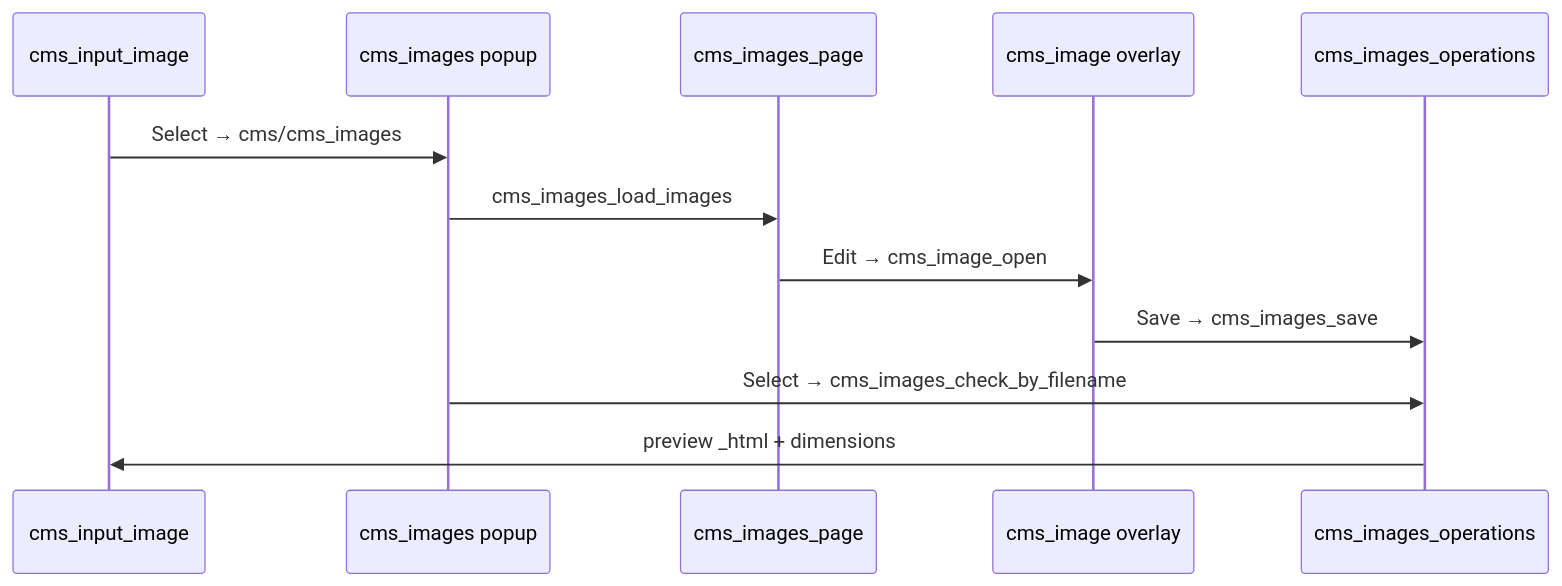
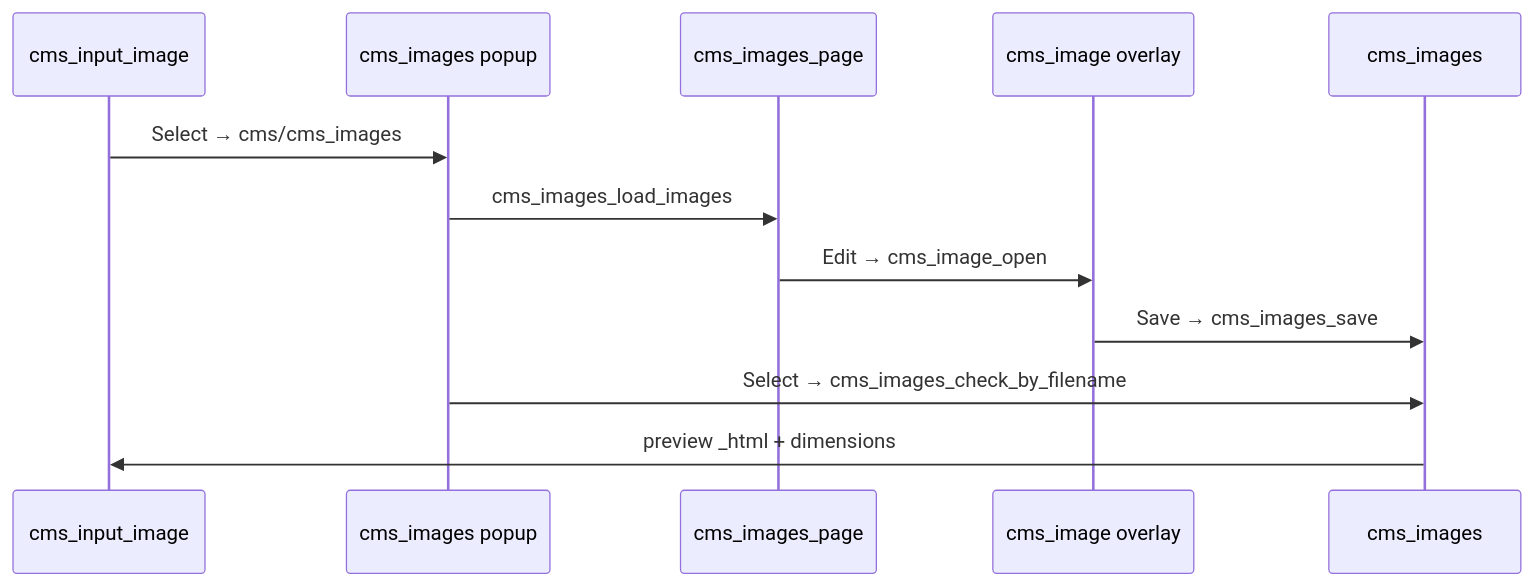
Before and after one commit to raulir/narrativecms: the diagram in modules/cms/docs/cms_input_image.md, drawn with Mermaid. The commit also changed other lines of this file and 169 other files, not shown here.

````diff
--- a/modules/cms/docs/cms_input_image.md
+++ b/modules/cms/docs/cms_input_image.md
@@ -24,15 +24,15 @@
 ```mermaid
 sequenceDiagram
     participant Field as cms_input_image
     participant Popup as cms_images popup
     participant Grid as cms_images_page
     participant Editor as cms_image overlay
-    participant Ops as cms_images_operations
+    participant Ops as cms_images
 
     Field->>Popup: Select → cms/cms_images
     Popup->>Grid: cms_images_load_images
     Grid->>Editor: Edit → cms_image_open
     Editor->>Ops: Save → cms_images_save
     Popup->>Ops: Select → cms_images_check_by_filename
     Ops->>Field: preview _html + dimensions
 ```
````
